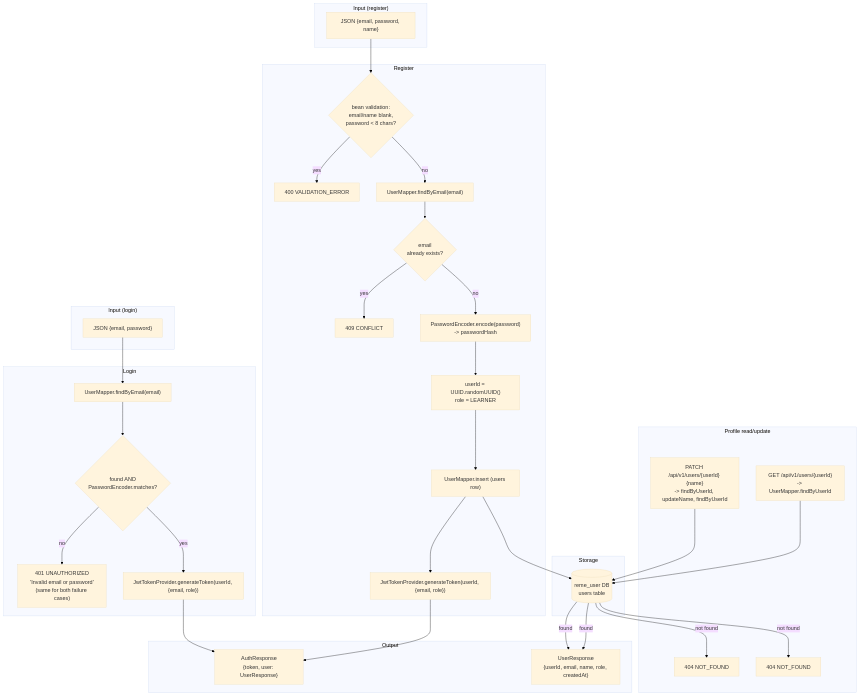
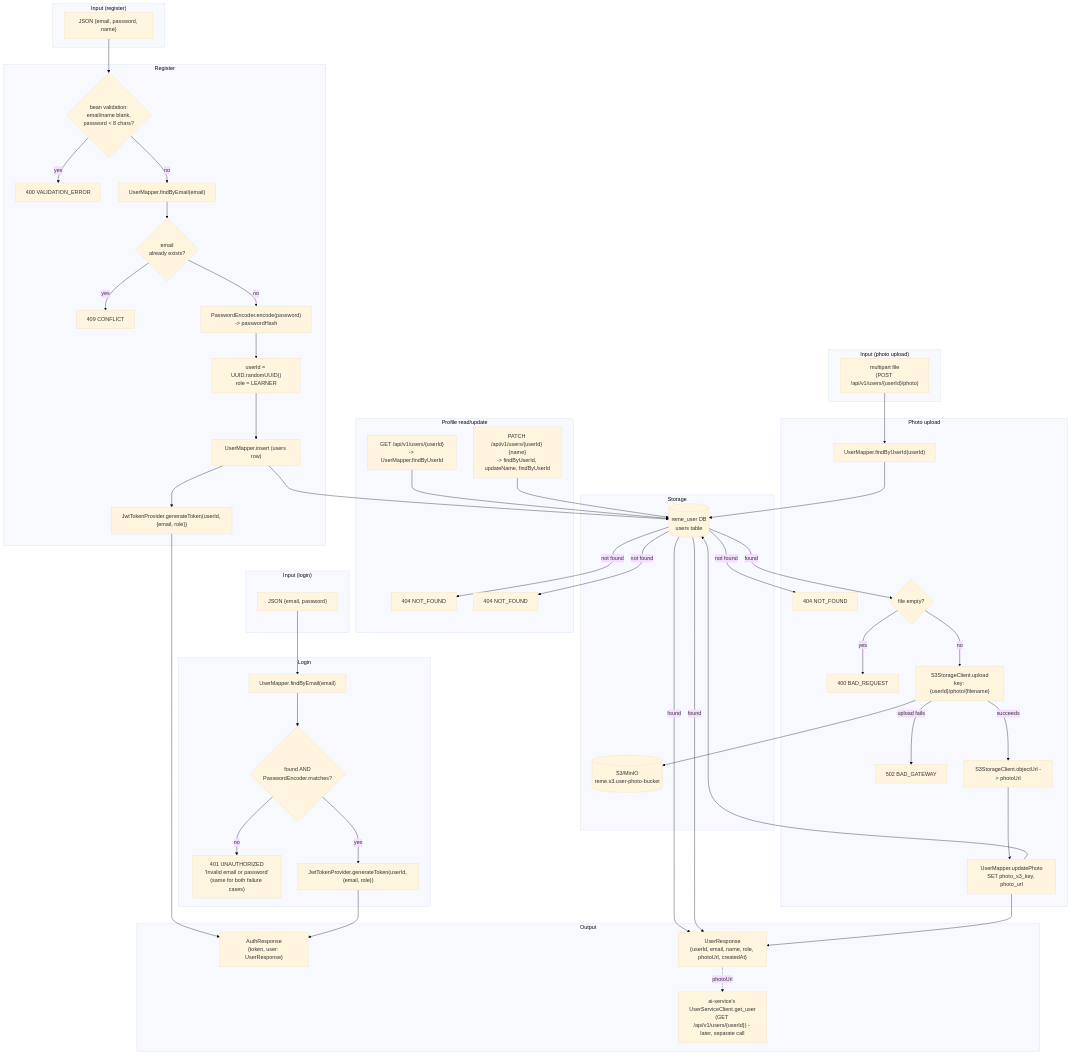
The diagram in docs/flow/user-service-data-flow.md (CuongNguyen13/RemeLearning), drawn with Mermaid before and after one commit. The commit also changed other lines of this file and 90 other files, not shown here.

````diff
--- a/docs/flow/user-service-data-flow.md
+++ b/docs/flow/user-service-data-flow.md
@@ -47,13 +47,30 @@
         NotFoundPatch["404 NOT_FOUND"]
     end
 
+    subgraph PhotoInput["Input (photo upload)"]
+        PhotoReq["multipart file<br/>(POST /api/v1/users/{userId}/photo)"]
+    end
+
+    subgraph PhotoFlow["Photo upload"]
+        FindForPhoto["UserMapper.findByUserId(userId)"]
+        NotFoundPhoto["404 NOT_FOUND"]
+        EmptyCheck{"file empty?"}
+        RejectPhoto["400 BAD_REQUEST"]
+        S3Put["S3StorageClient.upload<br/>key: {userId}/photo/{filename}"]
+        S3Fail["502 BAD_GATEWAY"]
+        S3ObjUrl["S3StorageClient.objectUrl -> photoUrl"]
+        UpdatePhotoRow["UserMapper.updatePhoto<br/>SET photo_s3_key, photo_url"]
+    end
+
     subgraph Storage["Storage"]
         DB[("reme_user DB<br/>users table")]
+        S3Bucket[("S3/MinIO<br/>reme.s3.user-photo-bucket")]
     end
 
     subgraph Output["Output"]
         AuthResp["AuthResponse<br/>{token, user: UserResponse}"]
-        UserResp["UserResponse<br/>{userId, email, name, role, createdAt}"]
+        UserResp["UserResponse<br/>{userId, email, name, role, photoUrl, createdAt}"]
+        AiConsumer["ai-service's UserServiceClient.get_user<br/>(GET /api/v1/users/{userId}) - later, separate call"]
     end
 
     RegisterReq --> ValidateReg
@@ -74,4 +91,14 @@
     PatchProfile --> DB
     DB -->|not found| NotFoundPatch
     DB -->|found| UserResp
+
+    PhotoReq --> FindForPhoto --> DB
+    DB -->|not found| NotFoundPhoto
+    DB -->|found| EmptyCheck
+    EmptyCheck -->|yes| RejectPhoto
+    EmptyCheck -->|no| S3Put --> S3Bucket
+    S3Put -->|upload fails| S3Fail
+    S3Put -->|succeeds| S3ObjUrl --> UpdatePhotoRow --> DB
+    UpdatePhotoRow --> UserResp
+    UserResp -.photoUrl.-> AiConsumer
 ```
````
